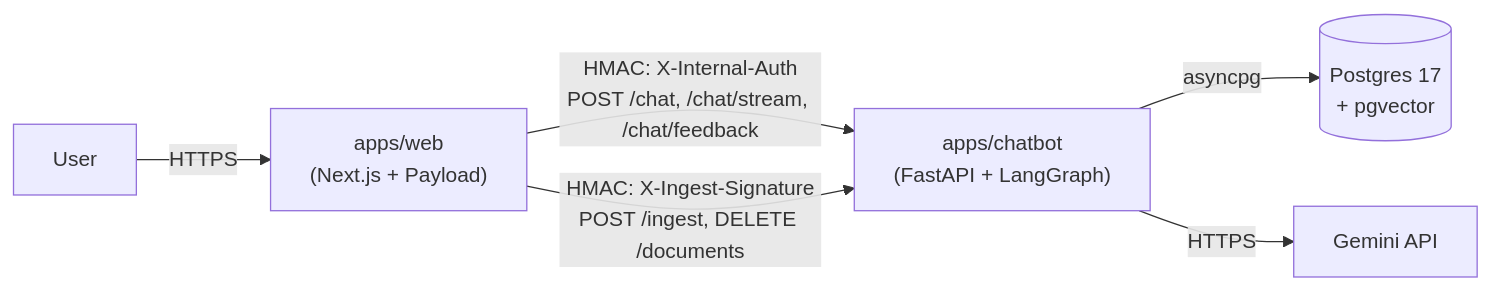
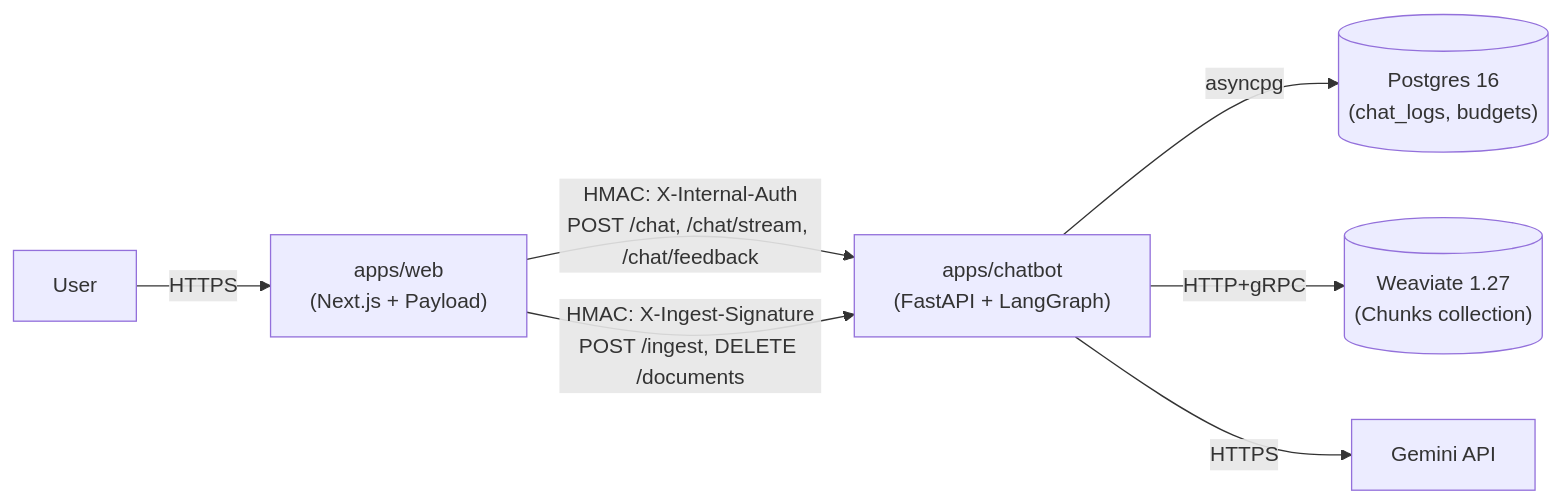
Before and after one commit to orvian36/habib36-dev: the first of 2 diagrams in apps/chatbot/docs/01-architecture.md, drawn with Mermaid. The commit also changed other lines of this file, not shown here.

Commit message:
docs(chatbot): 01-architecture — split Postgres and Weaviate layers

````diff
--- a/apps/chatbot/docs/01-architecture.md
+++ b/apps/chatbot/docs/01-architecture.md
@@ -19,8 +19,9 @@
 ```mermaid
 flowchart LR
   U[User] -->|HTTPS| W["apps/web<br/>(Next.js + Payload)"]
   W -->|HMAC: X-Internal-Auth<br/>POST /chat, /chat/stream, /chat/feedback| C["apps/chatbot<br/>(FastAPI + LangGraph)"]
   W -->|HMAC: X-Ingest-Signature<br/>POST /ingest, DELETE /documents| C
-  C -->|asyncpg| DB[("Postgres 17<br/>+ pgvector")]
+  C -->|asyncpg| DB[("Postgres 16<br/>(chat_logs, budgets)")]
+  C -->|HTTP+gRPC| WV[("Weaviate 1.27<br/>(Chunks collection)")]
   C -->|HTTPS| G[Gemini API]
 ```
````
